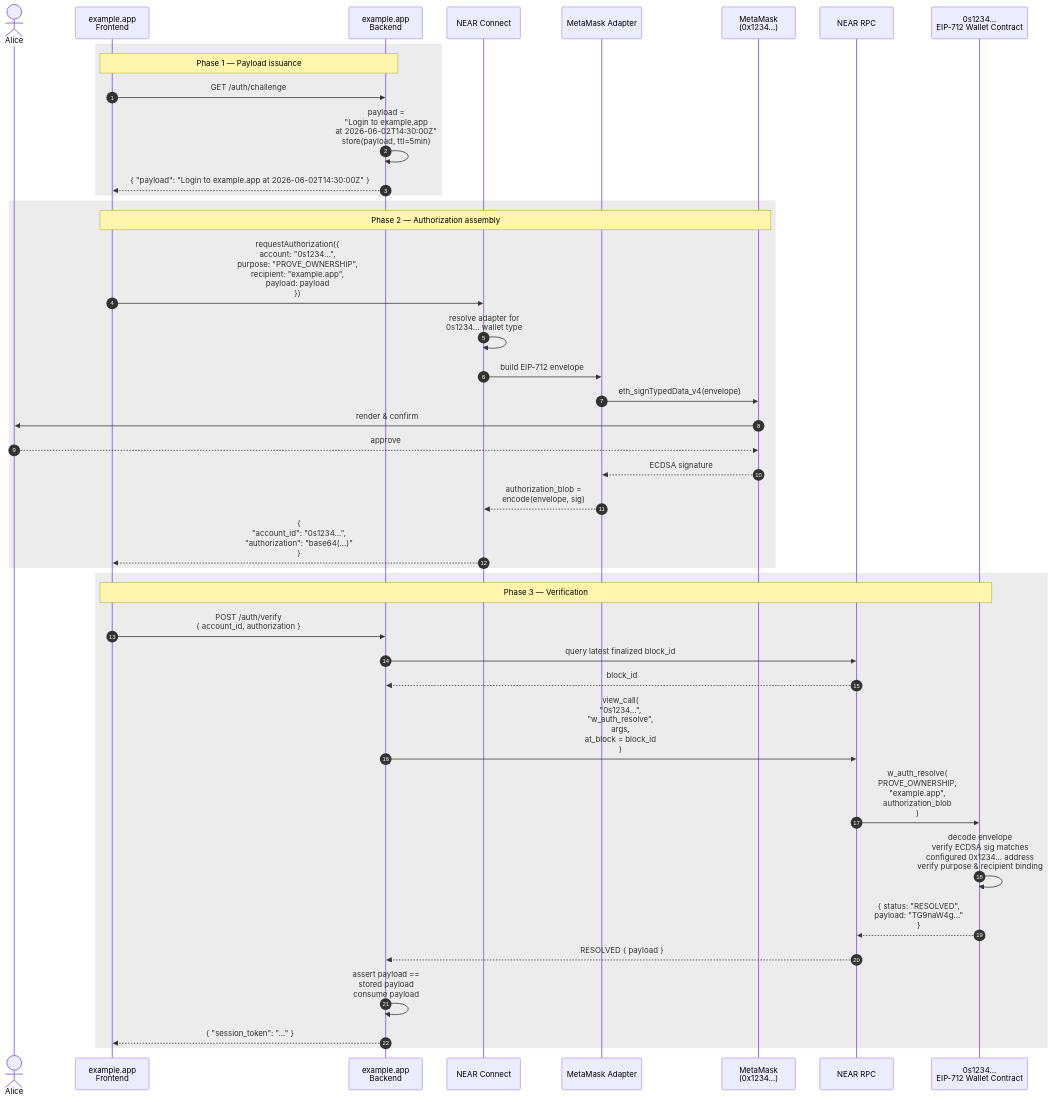
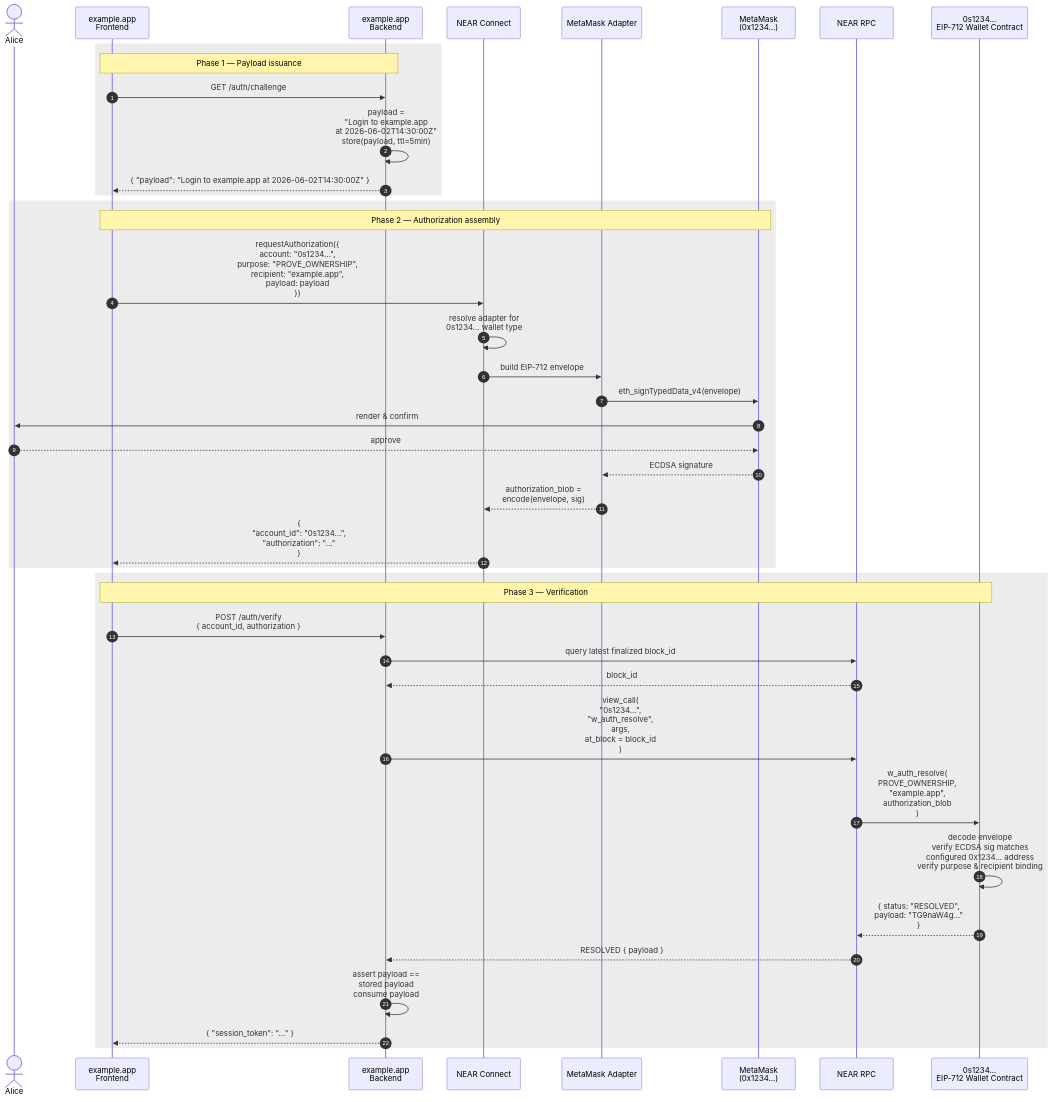
The first of 4 diagrams in neps/nep-0641.md (near/NEPs), drawn with Mermaid before and after one commit. The commit also changed other lines of this file, not shown here.

First line of the commit message:
Change authorization type from Base64VecU8 to String

````diff
--- a/neps/nep-0641.md
+++ b/neps/nep-0641.md
@@ -384,46 +384,46 @@
 ```mermaid
 sequenceDiagram
     autonumber
     actor User as Alice
     participant FE as example.app<br/>Frontend
     participant BE as example.app<br/>Backend
     participant NC as NEAR Connect
     participant ADP as MetaMask Adapter
     participant MM as MetaMask<br/>(0x1234...)
     participant RPC as NEAR RPC
     participant WC as 0s1234...<br/>EIP-712 Wallet Contract
 
     rect rgba(127, 127, 127, 0.15)
     Note over FE,BE: Phase 1 — Payload issuance
     FE->>BE: GET /auth/challenge
     BE->>BE: payload =<br/>"Login to example.app<br/>at 2026-06-02T14:30:00Z"<br/>store(payload, ttl=5min)
     BE-->>FE: { "payload": "Login to example.app at 2026-06-02T14:30:00Z" }
     end
 
     rect rgba(127, 127, 127, 0.15)
     Note over FE,MM: Phase 2 — Authorization assembly
     FE->>NC: requestAuthorization({<br/>  account: "0s1234...",<br/>  purpose: "PROVE_OWNERSHIP",<br/>  recipient: "example.app",<br/>  payload: payload<br/>})
     NC->>NC: resolve adapter for<br/>0s1234... wallet type
     NC->>ADP: build EIP-712 envelope
     ADP->>MM: eth_signTypedData_v4(envelope)
     MM->>User: render & confirm
     User-->>MM: approve
     MM-->>ADP: ECDSA signature
     ADP-->>NC: authorization_blob =<br/>encode(envelope, sig)
-    NC-->>FE: {<br/>  "account_id": "0s1234...",<br/>  "authorization": "base64(...)"<br/>}
+    NC-->>FE: {<br/>  "account_id": "0s1234...",<br/>  "authorization": "..."<br/>}
     end
 
     rect rgba(127, 127, 127, 0.15)
     Note over FE,WC: Phase 3 — Verification
     FE->>BE: POST /auth/verify<br/>{ account_id, authorization }
     BE->>RPC: query latest finalized block_id
     RPC-->>BE: block_id
     BE->>RPC: view_call(<br/>  "0s1234...",<br/>  "w_auth_resolve",<br/>  args,<br/>  at_block = block_id<br/>)
     RPC->>WC: w_auth_resolve(<br/>  PROVE_OWNERSHIP,<br/>  "example.app",<br/>  authorization_blob<br/>)
     WC->>WC: decode envelope<br/>verify ECDSA sig matches<br/>configured 0x1234... address<br/>verify purpose & recipient binding
     WC-->>RPC: { status: "RESOLVED",<br/>  payload: "TG9naW4g..."<br/>}
     RPC-->>BE: RESOLVED { payload }
     BE->>BE: assert payload ==<br/>stored payload<br/>consume payload
     BE-->>FE: { "session_token": "..." }
     end
 ```
````
